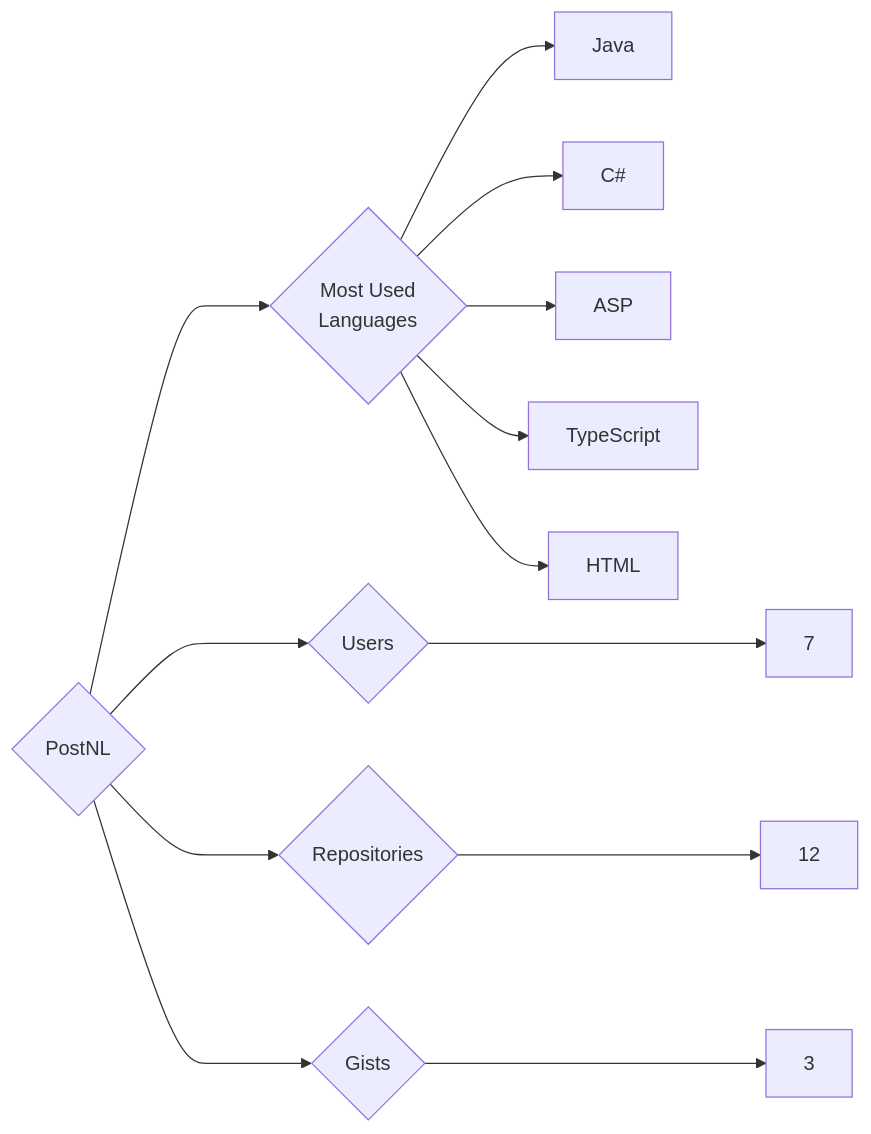
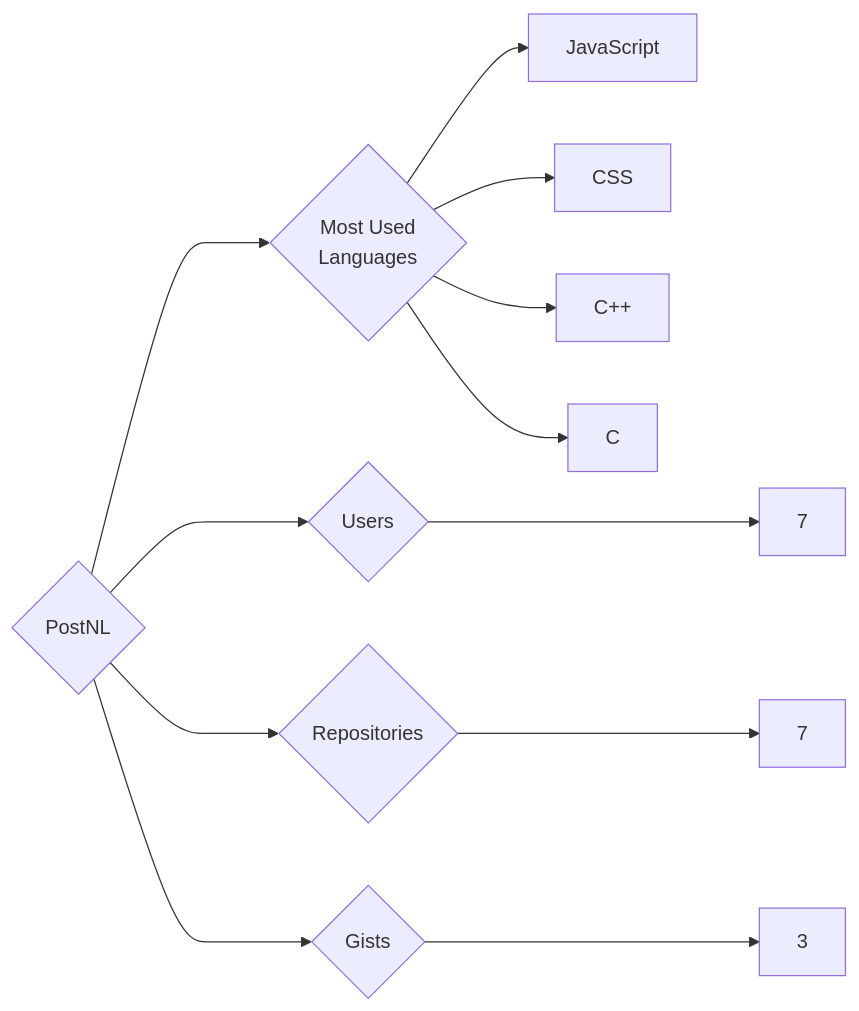
One commit to trickest/insiders changed the diagram in targets/PostNL/README.md. Above: the diagram before and after it, drawn with Mermaid. The commit also changed 969 other files, not shown here.

````diff
--- a/targets/PostNL/README.md
+++ b/targets/PostNL/README.md
@@ -3,13 +3,12 @@
 ```mermaid
 graph LR
 COMPANY_NAME{PostNL}
 COMPANY_NAME ---> U{Users} ---> UN[7]
-COMPANY_NAME ---> R{Repositories} ---> RN[12]
+COMPANY_NAME ---> R{Repositories} ---> RN[7]
 COMPANY_NAME ---> G{Gists} ---> GN[3]
 COMPANY_NAME ---> ML{Most Used<br>Languages}
-ML --> Java[Java]
-ML --> C#[C#]
-ML --> ASP[ASP]
-ML --> TypeScript[TypeScript]
-ML --> HTML[HTML]
+ML --> JavaScript[JavaScript]
+ML --> CSS[CSS]
+ML --> C++[C++]
+ML --> C[C]
 ```
````
